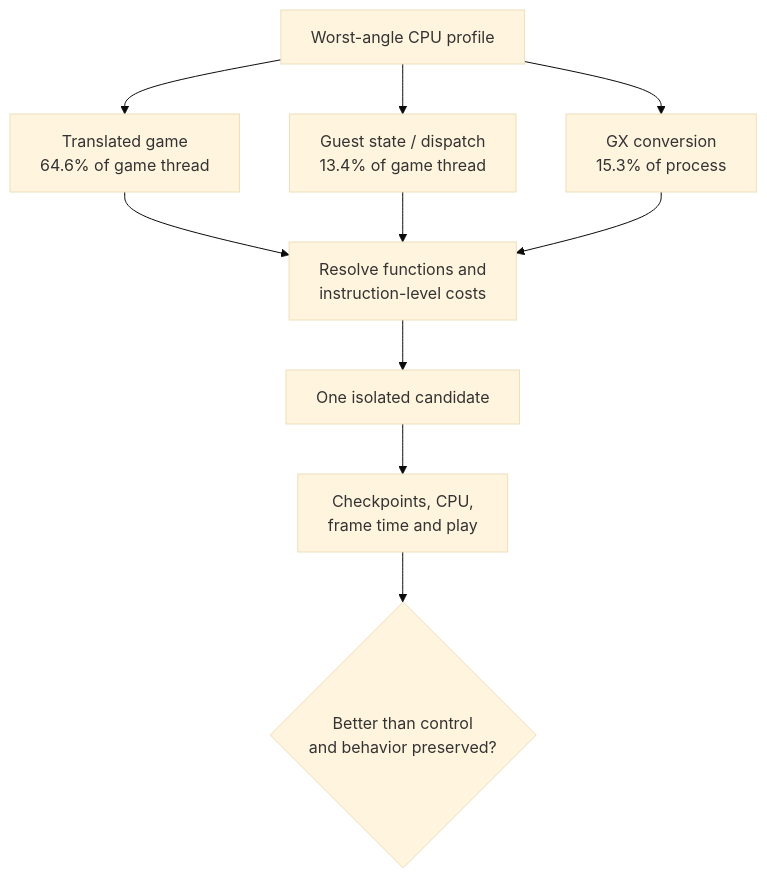
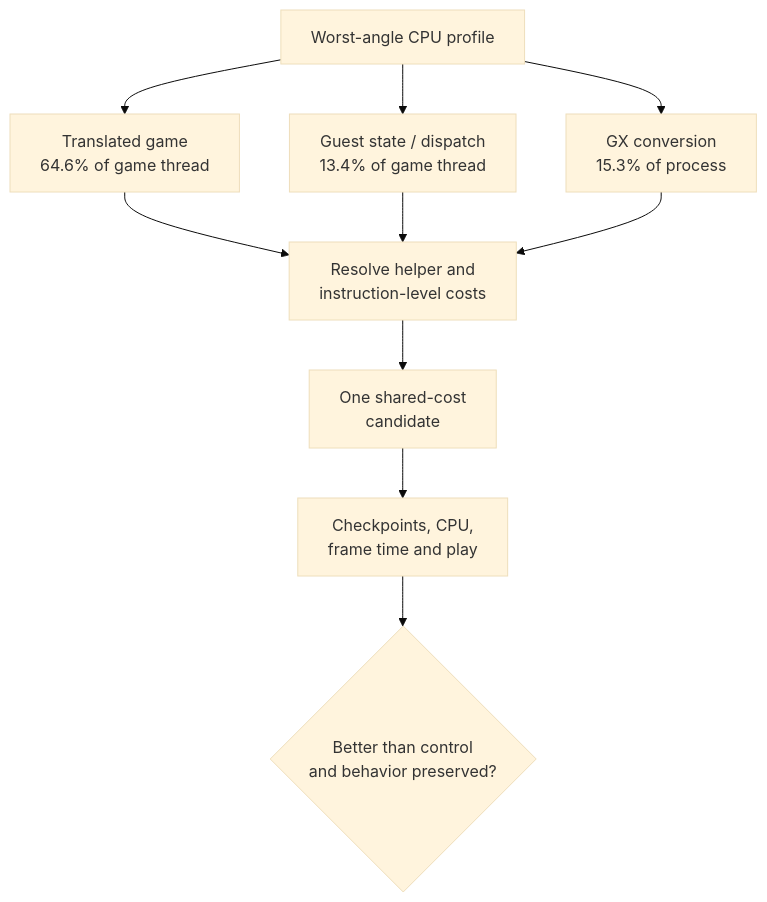
One commit to irregularthanis/bluewake changed the diagram in docs/planning/2026-10-27-runtime_cpu_optimization/PRD.md. Above: the diagram before and after it, drawn with Mermaid (base theme). The commit also changed other lines of this file and 2 other files, not shown here.

Commit message:
docs: focus runtime plan on shared translated costs

````diff
--- a/docs/planning/2026-10-27-runtime_cpu_optimization/PRD.md
+++ b/docs/planning/2026-10-27-runtime_cpu_optimization/PRD.md
@@ -23,16 +31,16 @@
 ```mermaid
 flowchart TD
     Profile["Worst-angle CPU profile"]
     Game["Translated game<br/>64.6% of game thread"]
     Dispatch["Guest state / dispatch<br/>13.4% of game thread"]
     GX["GX conversion<br/>15.3% of process"]
-    Map["Resolve functions and<br/>instruction-level costs"]
-    Candidate["One isolated candidate"]
+    Map["Resolve helper and<br/>instruction-level costs"]
+    Candidate["One shared-cost<br/>candidate"]
     Verify["Checkpoints, CPU,<br/>frame time and play"]
     Keep{"Better than control<br/>and behavior preserved?"}
 
     Profile --> Game --> Map
     Profile --> Dispatch --> Map
     Profile --> GX --> Map
     Map --> Candidate --> Verify --> Keep
 ```
````
